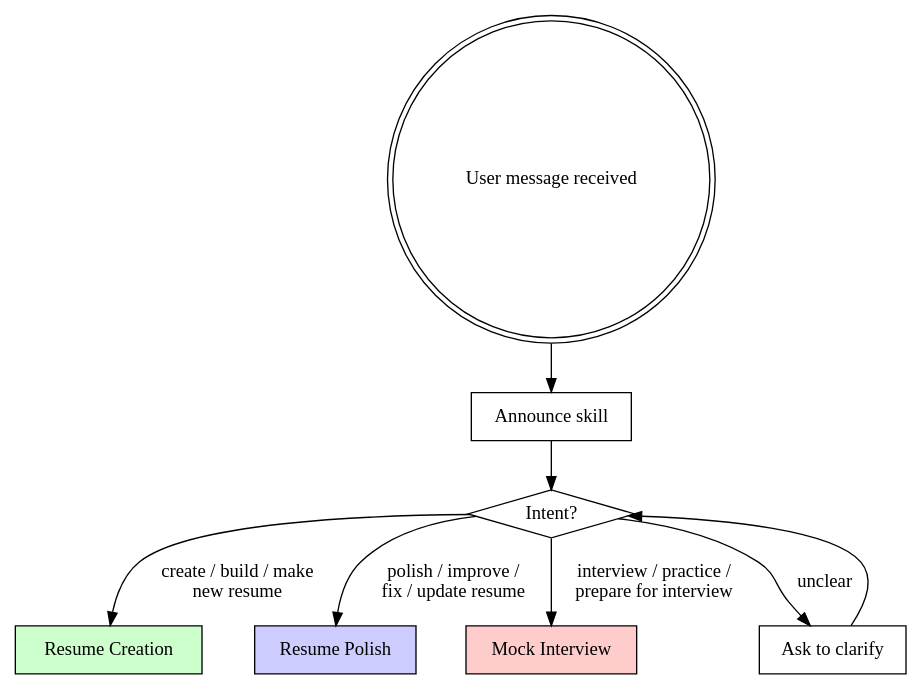
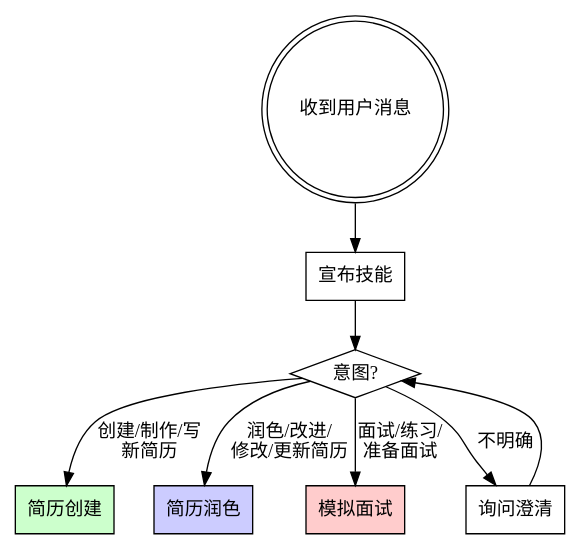
The diagram in skills/mokio-interview-skill/SKILL.md (Wood-Q/Mokio-Interview-Skill), drawn with Graphviz before and after one commit. The commit also changed other lines of this file and 5 other files, not shown here.

````diff
--- a/skills/mokio-interview-skill/SKILL.md
+++ b/skills/mokio-interview-skill/SKILL.md
@@ -40,19 +40,19 @@
 ```dot
 digraph dispatch {
-    "User message received" [shape=doublecircle];
-    "Announce skill" [shape=box];
-    "Intent?" [shape=diamond];
-    "Resume Creation" [shape=box, style=filled, fillcolor="#ccffcc"];
-    "Resume Polish" [shape=box, style=filled, fillcolor="#ccccff"];
-    "Mock Interview" [shape=box, style=filled, fillcolor="#ffcccc"];
-    "Ask to clarify" [shape=box];
+    "收到用户消息" [shape=doublecircle];
+    "宣布技能" [shape=box];
+    "意图?" [shape=diamond];
+    "简历创建" [shape=box, style=filled, fillcolor="#ccffcc"];
+    "简历润色" [shape=box, style=filled, fillcolor="#ccccff"];
+    "模拟面试" [shape=box, style=filled, fillcolor="#ffcccc"];
+    "询问澄清" [shape=box];
 
-    "User message received" -> "Announce skill";
-    "Announce skill" -> "Intent?";
-    "Intent?" -> "Resume Creation" [label="create / build / make\nnew resume"];
-    "Intent?" -> "Resume Polish" [label="polish / improve /\nfix / update resume"];
-    "Intent?" -> "Mock Interview" [label="interview / practice /\nprepare for interview"];
-    "Intent?" -> "Ask to clarify" [label="unclear"];
-    "Ask to clarify" -> "Intent?";
+    "收到用户消息" -> "宣布技能";
+    "宣布技能" -> "意图?";
+    "意图?" -> "简历创建" [label="创建/制作/写\n新简历"];
+    "意图?" -> "简历润色" [label="润色/改进/\n修改/更新简历"];
+    "意图?" -> "模拟面试" [label="面试/练习/\n准备面试"];
+    "意图?" -> "询问澄清" [label="不明确"];
+    "询问澄清" -> "意图?";
 }
 ```
````
